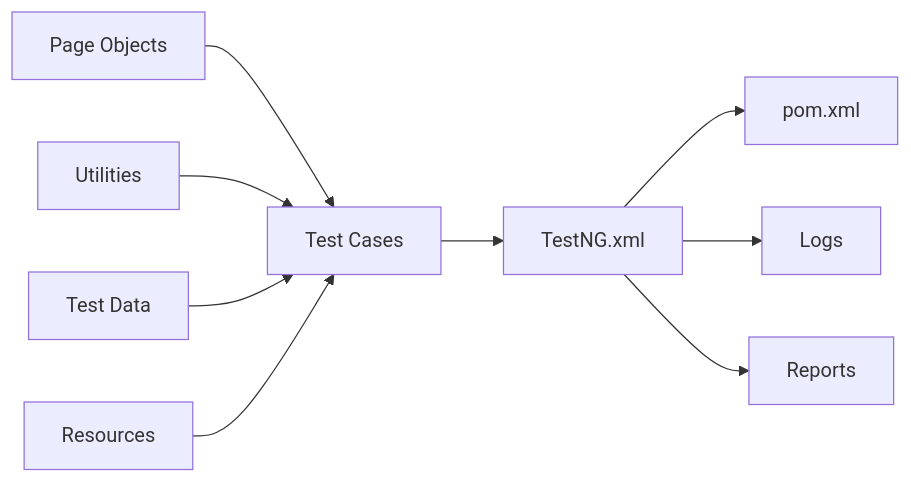
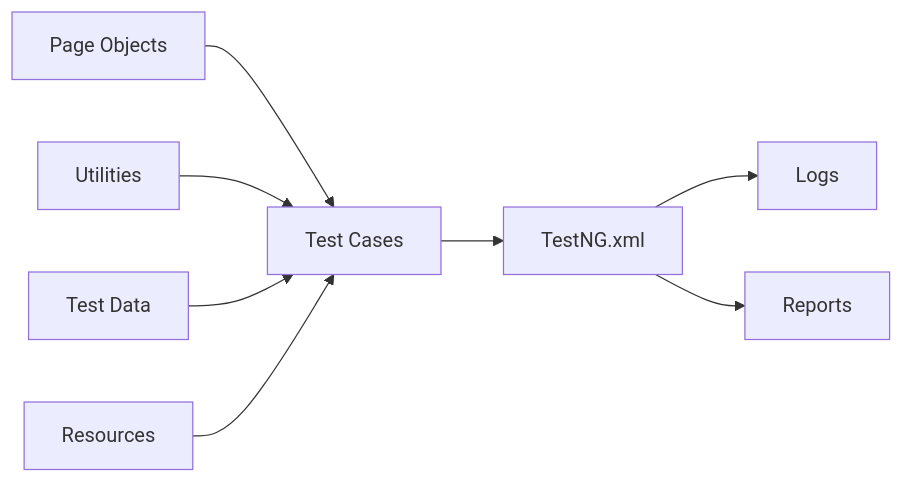
Before and after one commit to sbhaumik22/OpenCart_Automation_Testing_Project: the diagram in README.md, drawn with Mermaid.

````diff
--- a/README.md
+++ b/README.md
@@ -8,11 +8,11 @@
 ```mermaid
 graph LR
-A[Page Objects]--> B[Test Cases] --> C[TestNG.xml] --> D[pom.xml]
+A[Page Objects]--> B[Test Cases] --> C[TestNG.xml]
 E[Utilities] --> B
 F[Test Data] --> B
 G[Resources] --> B
 H[Reports]
 I[Logs]
 C --> I
 C --> H
 ```
````
